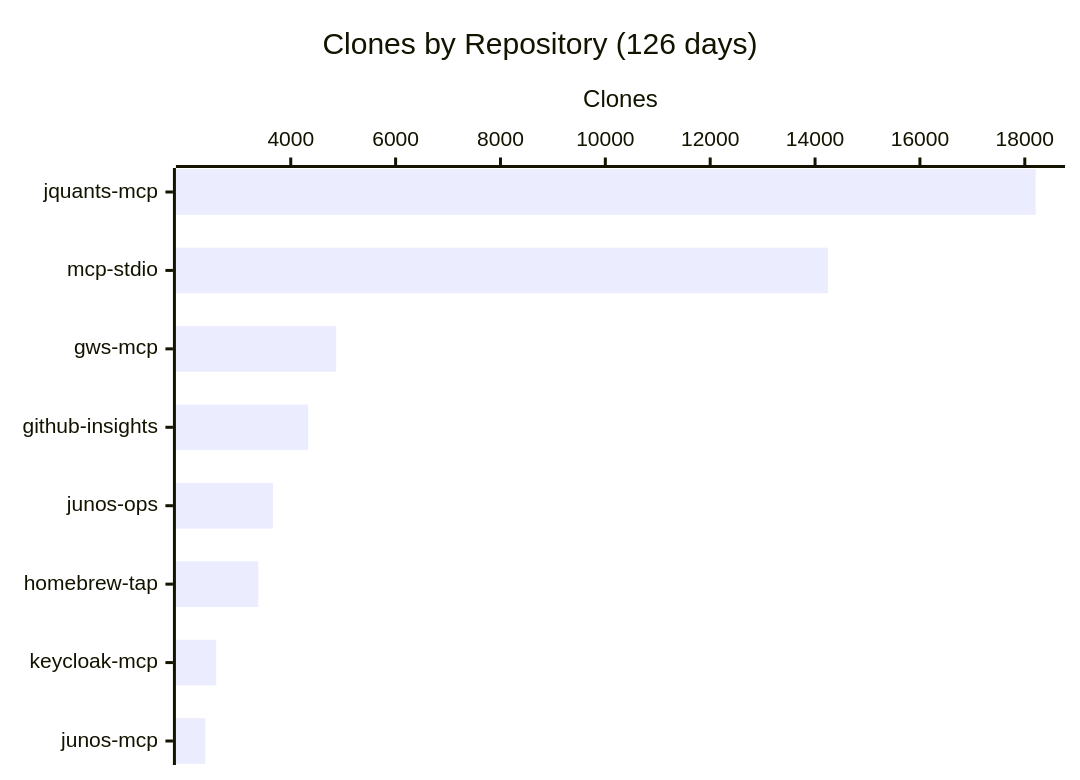
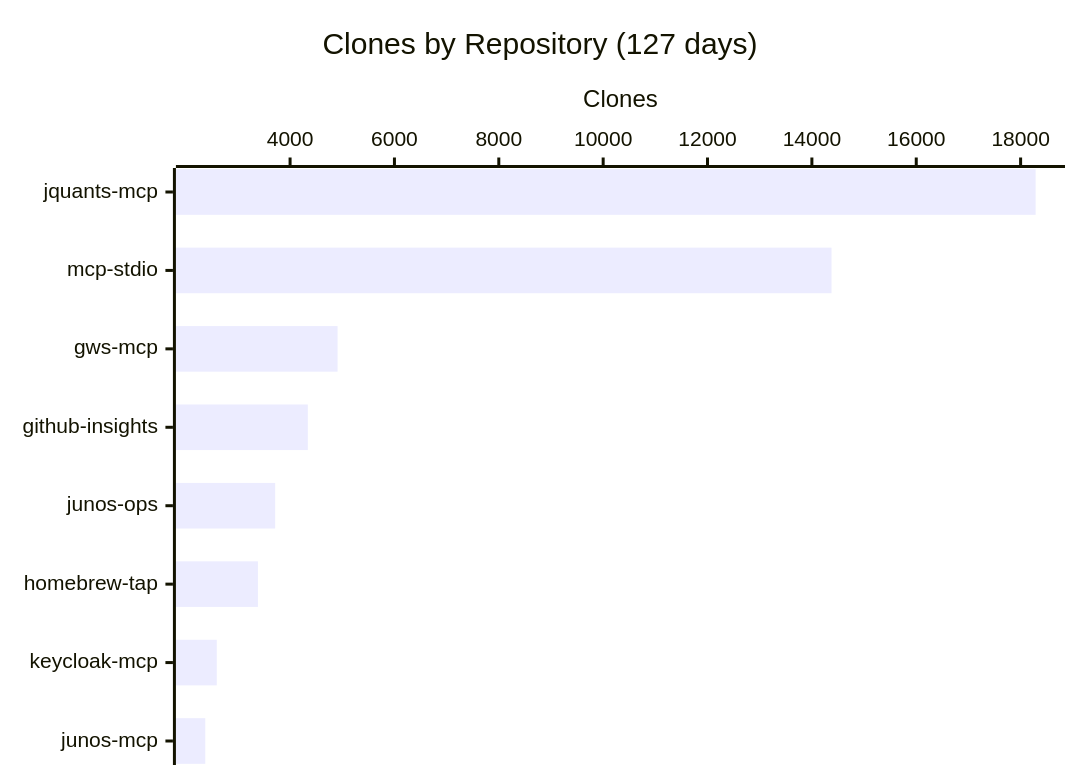
One commit to shigechika/github-insights changed the fourth of 4 diagrams in README.md. Above: the diagram before and after it, drawn with Mermaid. The commit also changed other lines of this file and 2 other files, not shown here.

````diff
--- a/README.md
+++ b/README.md
@@ -58,7 +58,7 @@
 ```mermaid
 xychart-beta horizontal
-    title "Clones by Repository (126 days)"
+    title "Clones by Repository (127 days)"
     x-axis ["jquants-mcp", "mcp-stdio", "gws-mcp", "github-insights", "junos-ops", "homebrew-tap", "keycloak-mcp", "junos-mcp"]
     y-axis "Clones"
-    bar [18207, 14245, 4865, 4331, 3662, 3383, 2578, 2370]
+    bar [18288, 14376, 4910, 4340, 3714, 3384, 2595, 2375]
 ```
````
